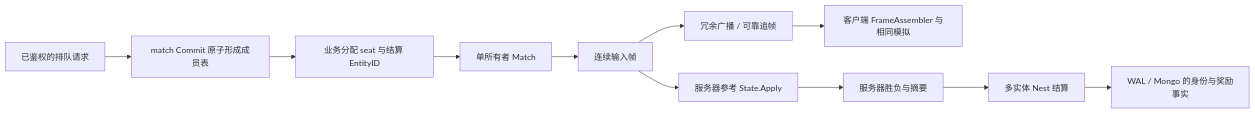
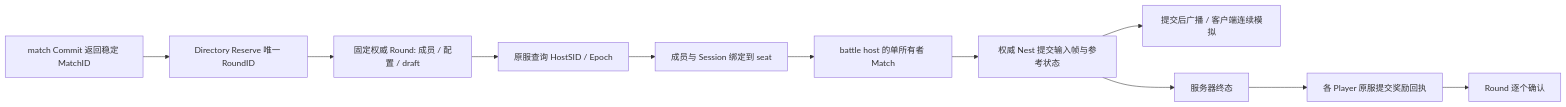
One commit to tjbdwanghaibo/roost-core changed the diagram in docs/framework/MOBA-INTEGRATION.md. Above: the diagram before and after it, drawn with Mermaid. The commit also changed other lines of this file and 17 other files, not shown here.

````diff
--- a/docs/framework/MOBA-INTEGRATION.md
+++ b/docs/framework/MOBA-INTEGRATION.md
@@ -52,13 +49,13 @@
 ```mermaid
 flowchart LR
-    A[已鉴权的排队请求] --> B[match Commit 原子形成成员表]
-    B --> C[业务分配 seat 与结算 EntityID]
-    C --> D[单所有者 Match]
-    D --> E[连续输入帧]
-    E --> F[服务器参考 State.Apply]
-    E --> G[冗余广播 / 可靠追帧]
-    G --> H[客户端 FrameAssembler 与相同模拟]
-    F --> I[服务器胜负与摘要]
-    I --> J[多实体 Nest 结算]
-    J --> K[WAL / Mongo 的身份与奖励事实]
+    A[match Commit 返回稳定 MatchID] --> B[Directory Reserve 唯一 RoundID]
+    B --> C[固定权威 Round: 成员 / 配置 / draft]
+    C --> D[原服查询 HostSID / Epoch]
+    D --> E[成员与 Session 绑定到 seat]
+    E --> F[battle host 的单所有者 Match]
+    F --> G[权威 Nest 提交输入帧与参考状态]
+    G --> H[提交后广播 / 客户端连续模拟]
+    G --> I[服务器终态]
+    I --> J[各 Player 原服提交奖励回执]
+    J --> K[Round 逐个确认]
 ```
````
